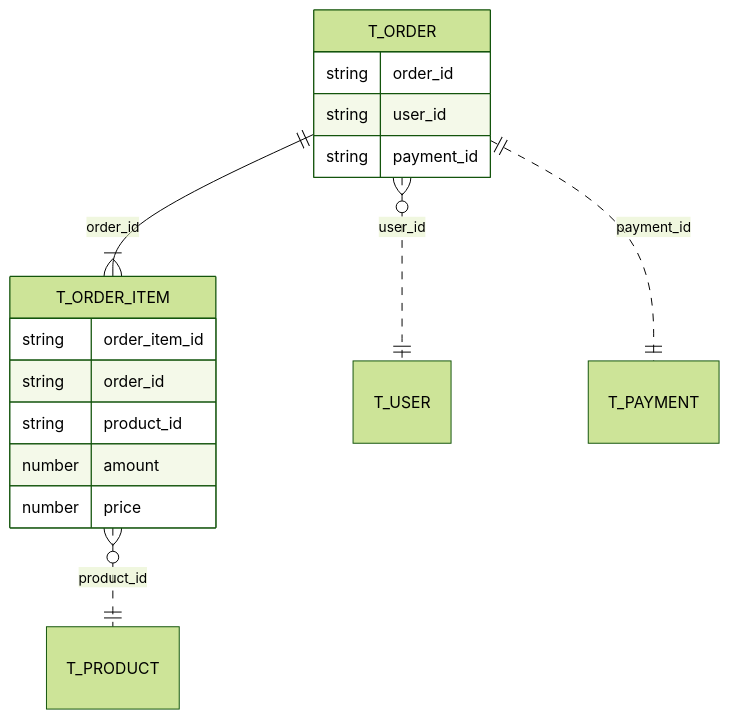
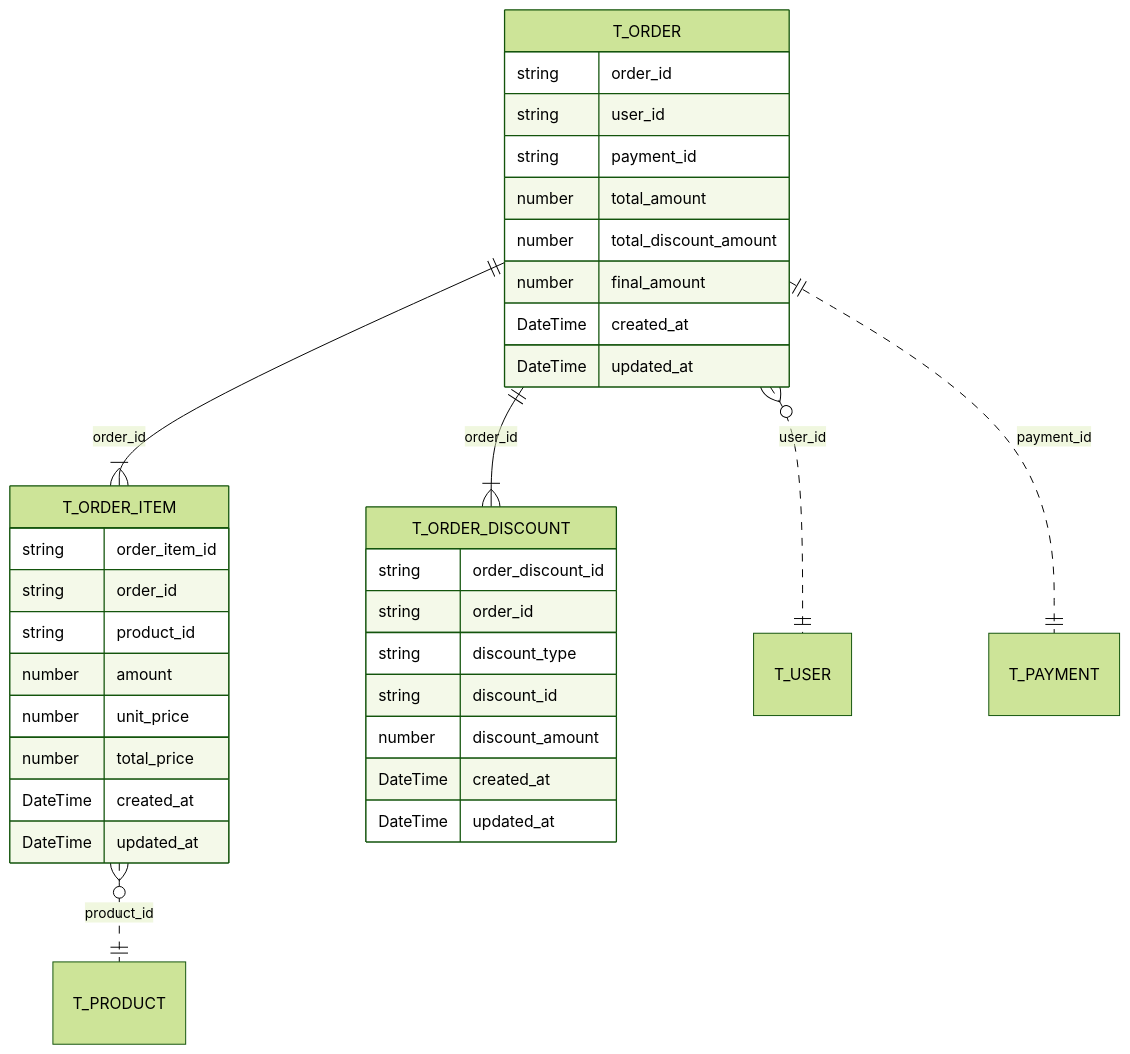
The sixth of 6 diagrams in docs/system-design/03-erd.md (citron0137/Voyage-Shop), drawn with Mermaid (forest theme) before and after one commit. The commit also changed other lines of this file and 1 other file, not shown here.

````diff
--- a/docs/system-design/03-erd.md
+++ b/docs/system-design/03-erd.md
@@ -95,21 +86,40 @@
 ```mermaid
 erDiagram
     T_ORDER {
         string order_id
         string user_id
         string payment_id
+        number total_amount
+        number total_discount_amount
+        number final_amount
+        DateTime created_at
+        DateTime updated_at
     }
     
     T_ORDER_ITEM {
         string order_item_id
         string order_id
         string product_id
         number amount 
-        number price
+        number unit_price
+        number total_price
+        DateTime created_at
+        DateTime updated_at
+    }
+
+    T_ORDER_DISCOUNT {
+        string order_discount_id
+        string order_id
+        string discount_type
+        string discount_id
+        number discount_amount
+        DateTime created_at
+        DateTime updated_at
     }
 
     T_ORDER }o..|| T_USER: user_id 
     T_ORDER ||..|| T_PAYMENT: payment_id 
     T_ORDER ||--|{ T_ORDER_ITEM: order_id
     T_ORDER_ITEM }o..|| T_PRODUCT: product_id 
+    T_ORDER ||--|{ T_ORDER_DISCOUNT: order_id
 ```
````
